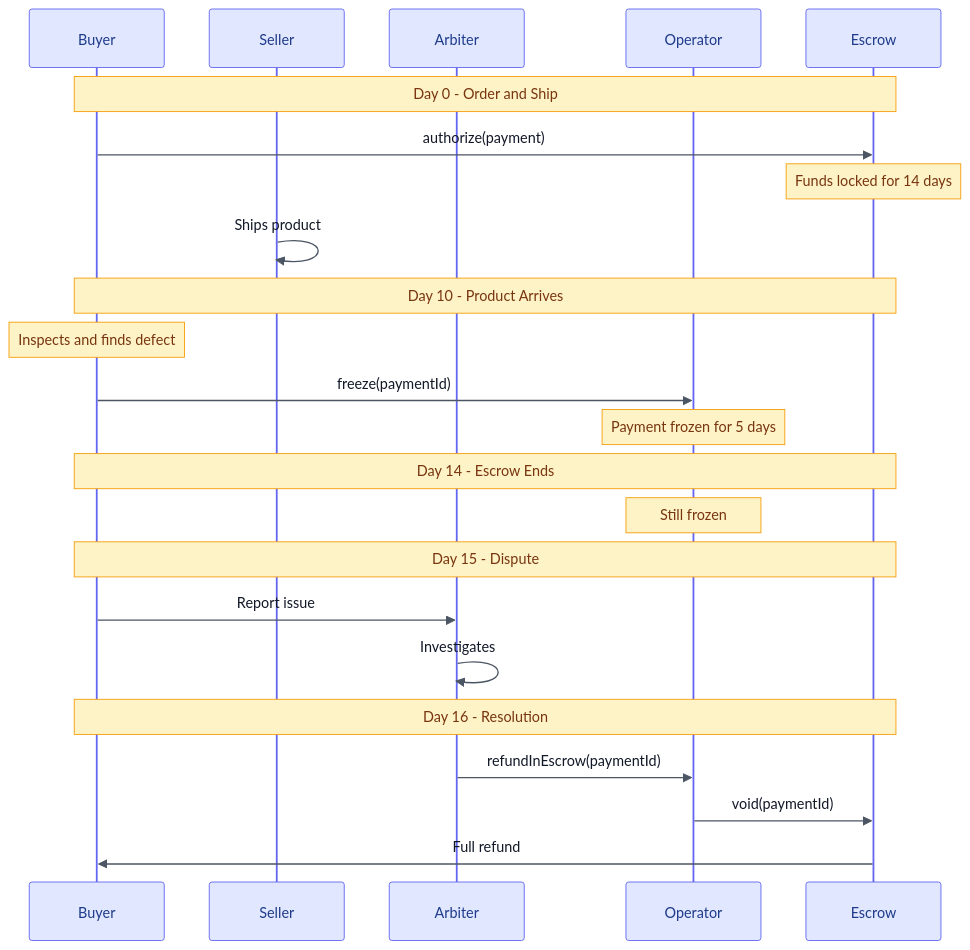
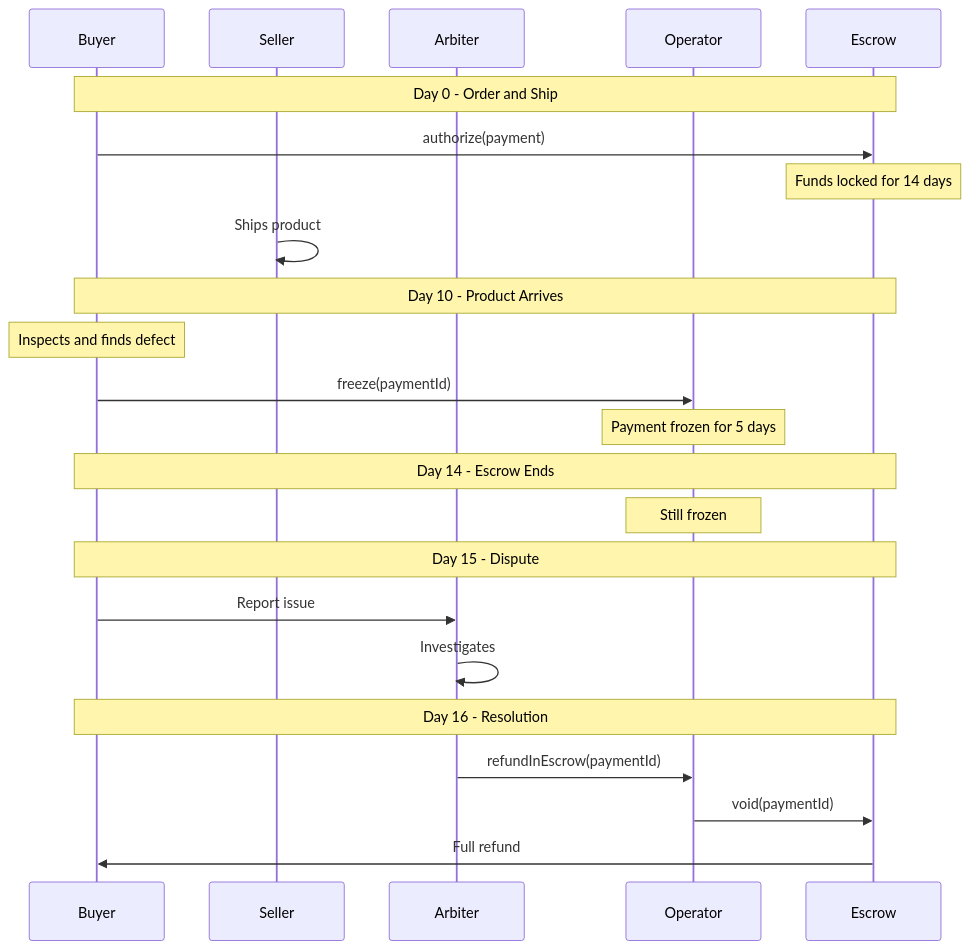
Before and after one commit to BackTrackCo/docs: the second of 8 diagrams in contracts/examples.mdx, drawn with Mermaid. The commit also changed other lines of this file and 3 other files, not shown here.

First line of the commit message:
fix: remove ugly custom Mermaid theme configs

````diff
--- a/contracts/examples.mdx
+++ b/contracts/examples.mdx
@@ -220,31 +219,30 @@
 ```mermaid
-%%{init: {'theme':'base', 'themeVariables': {'primaryColor':'#f3f4f6','primaryTextColor':'#1f2937','primaryBorderColor':'#9ca3af','lineColor':'#6b7280','secondaryColor':'#e5e7eb','tertiaryColor':'#fafafa','noteBkgColor':'#fef3c7','noteTextColor':'#78350f','noteBorderColor':'#f59e0b','actorBkg':'#e0e7ff','actorBorder':'#6366f1','actorTextColor':'#1e3a8a','signalColor':'#4b5563','signalTextColor':'#111827','labelBoxBkgColor':'#dbeafe','labelBoxBorderColor':'#3b82f6','labelTextColor':'#1e40af','loopTextColor':'#1f2937','activationBkgColor':'#c7d2fe','activationBorderColor':'#6366f1','sequenceNumberColor':'#f9fafb','fontFamily':'ui-sans-serif, system-ui, sans-serif'}}}%%
 sequenceDiagram
     participant Buyer
     participant Seller
     participant Arbiter
     participant Operator
     participant Escrow
 
     Note over Buyer,Escrow: Day 0 - Order and Ship
     Buyer->>Escrow: authorize(payment)
     Note over Escrow: Funds locked for 14 days
     Seller->>Seller: Ships product
 
     Note over Buyer,Escrow: Day 10 - Product Arrives
     Note over Buyer: Inspects and finds defect
     Buyer->>Operator: freeze(paymentId)
     Note over Operator: Payment frozen for 5 days
 
     Note over Buyer,Escrow: Day 14 - Escrow Ends
     Note over Operator: Still frozen
 
     Note over Buyer,Escrow: Day 15 - Dispute
     Buyer->>Arbiter: Report issue
     Arbiter->>Arbiter: Investigates
 
     Note over Buyer,Escrow: Day 16 - Resolution
     Arbiter->>Operator: refundInEscrow(paymentId)
     Operator->>Escrow: void(paymentId)
     Escrow->>Buyer: Full refund
 ```
````
